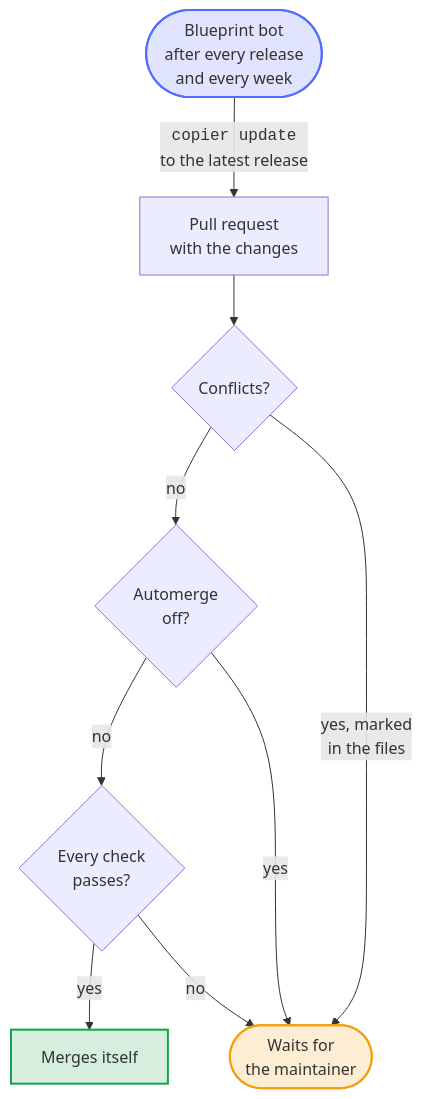
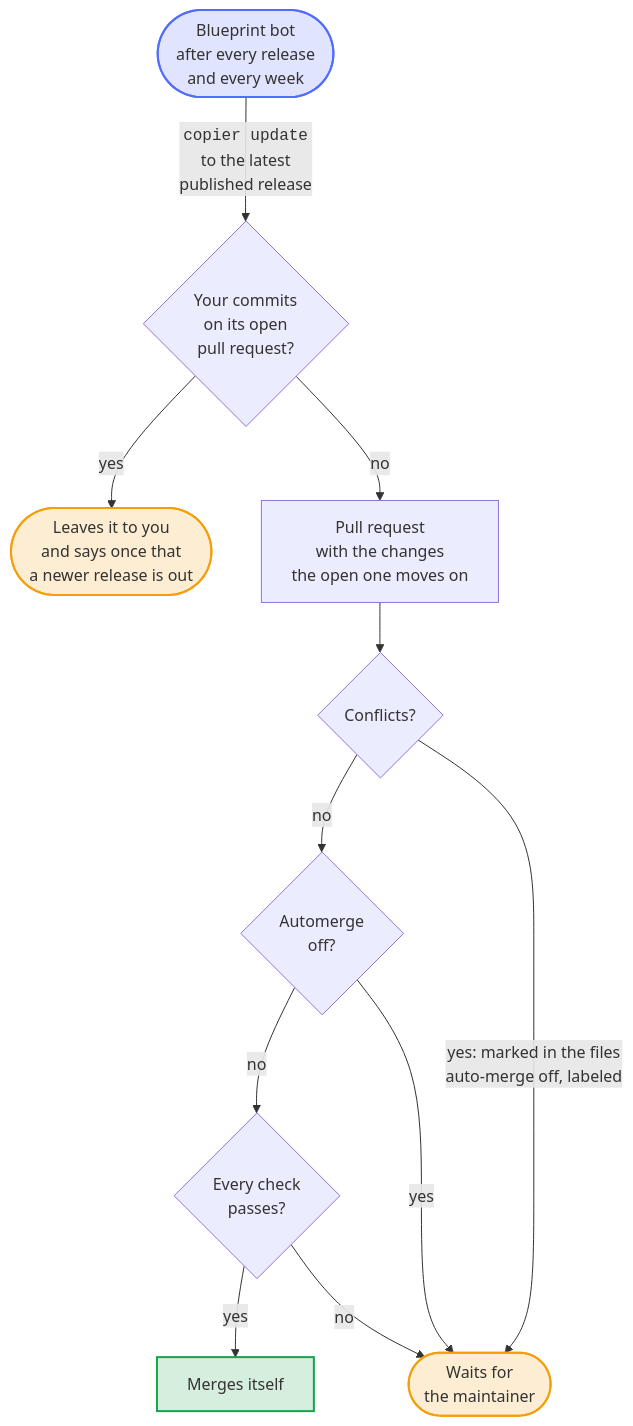
Before and after one commit to Dennis-Otto/repo-blueprint: the fourth of 6 diagrams in README.md, drawn with Mermaid. The commit also changed other lines of this file and 15 other files, not shown here.

````diff
--- a/README.md
+++ b/README.md
@@ -220,33 +220,37 @@
 ```mermaid
 ---
 config:
   flowchart:
     wrappingWidth: 400
 ---
 flowchart TB
     accTitle: How an update of the blueprint arrives
-    accDescr: Right after every release of the blueprint, and every week, the blueprint bot runs copier update to the latest release and opens a pull request. With conflicts, or with BLUEPRINT_AUTOMERGE set to off, it waits for the maintainer; otherwise it merges itself once every check passes.
+    accDescr: Right after every release of the blueprint, and every week, the blueprint bot runs copier update to the latest published release. When its pull request is still open and you have committed to its branch, the bot leaves the branch to you and says once that a newer release is out. Otherwise it opens the pull request, or moves the open one on to the new release. With conflicts, which turn auto-merge off, or with BLUEPRINT_AUTOMERGE set to off, it waits for the maintainer; otherwise it merges itself once every check passes.
 
     bot(["Blueprint bot<br>after every release<br>and every week"])
-    pr["Pull request<br>with the changes"]
+    yours{"Your commits<br>on its open<br>pull request?"}
+    note(["Leaves it to you<br>and says once that<br>a newer release is out"])
+    pr["Pull request<br>with the changes<br>the open one moves on"]
     conflicts{"Conflicts?"}
     off{"Automerge<br>off?"}
     checks{"Every check<br>passes?"}
     merged["Merges itself"]
     wait(["Waits for<br>the maintainer"])
 
-    bot -- "<code>copier update</code><br>to the latest release" --> pr --> conflicts
+    bot -- "<code>copier update</code><br>to the latest<br>published release" --> yours
+    yours -- "yes" --> note
+    yours -- "no" --> pr --> conflicts
     conflicts -- "no" --> off
     off -- "no" --> checks
     checks -- "yes" --> merged
-    conflicts -- "yes, marked<br>in the files" --> wait
+    conflicts -- "yes: marked in the files<br>auto-merge off, labeled" --> wait
     off -- "yes" --> wait
     checks -- "no" --> wait
 
     classDef bot fill:#526cfe2e,stroke:#526cfe,stroke-width:2px
     classDef person fill:#f59e0b2e,stroke:#f59e0b,stroke-width:2px
     classDef done fill:#16a34a2e,stroke:#16a34a,stroke-width:2px
     class bot bot
-    class wait person
+    class wait,note person
     class merged done
 ```
````
